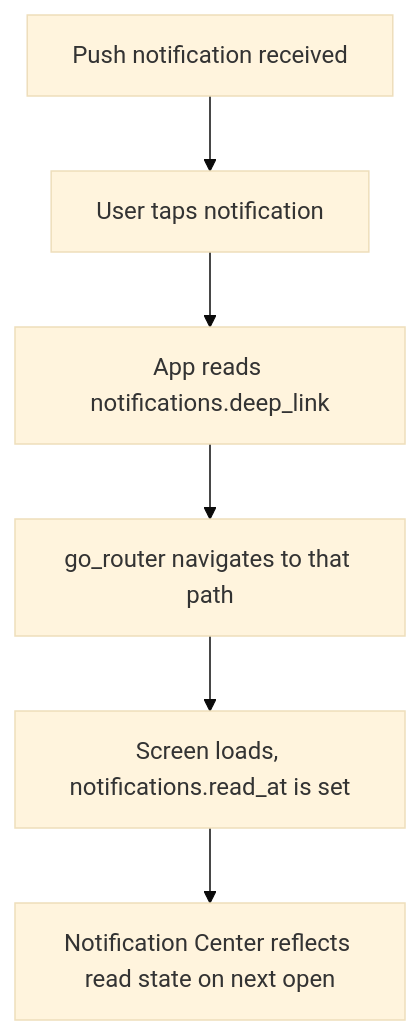
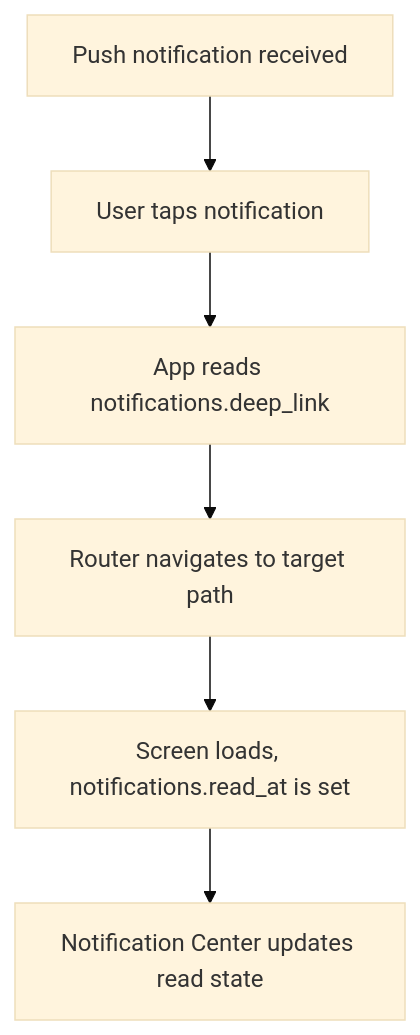
One commit to NK2552003/TradeX changed the third of 7 diagrams in docs_/03-design/DYNAMIC_LINKING.md. Above: the diagram before and after it, drawn with Mermaid (base theme). The commit also changed other lines of this file and 365 other files, not shown here.

````diff
--- a/docs_/03-design/DYNAMIC_LINKING.md
+++ b/docs_/03-design/DYNAMIC_LINKING.md
@@ -86,8 +187,8 @@
 ```mermaid
 flowchart TD
     A[Push notification received] --> B[User taps notification]
     B --> C[App reads notifications.deep_link]
-    C --> D[go_router navigates to that path]
+    C --> D[Router navigates to target path]
     D --> E[Screen loads, notifications.read_at is set]
-    E --> F[Notification Center reflects read state on next open]
+    E --> F[Notification Center updates read state]
 ```
````
